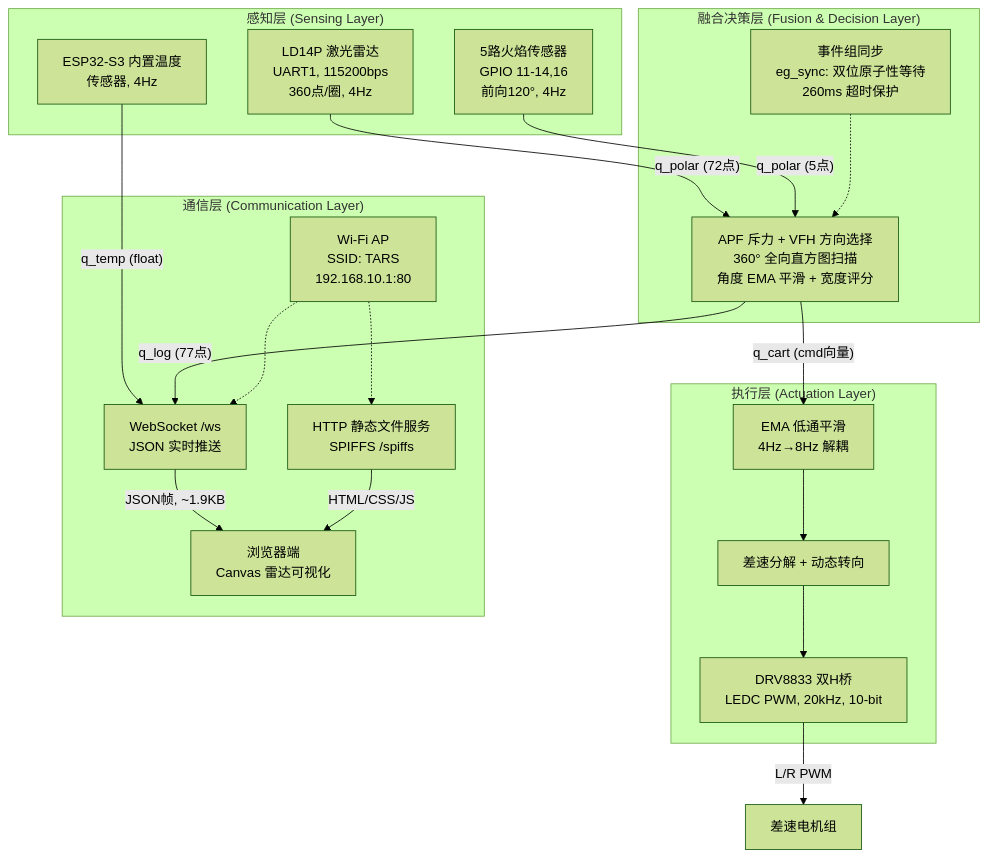
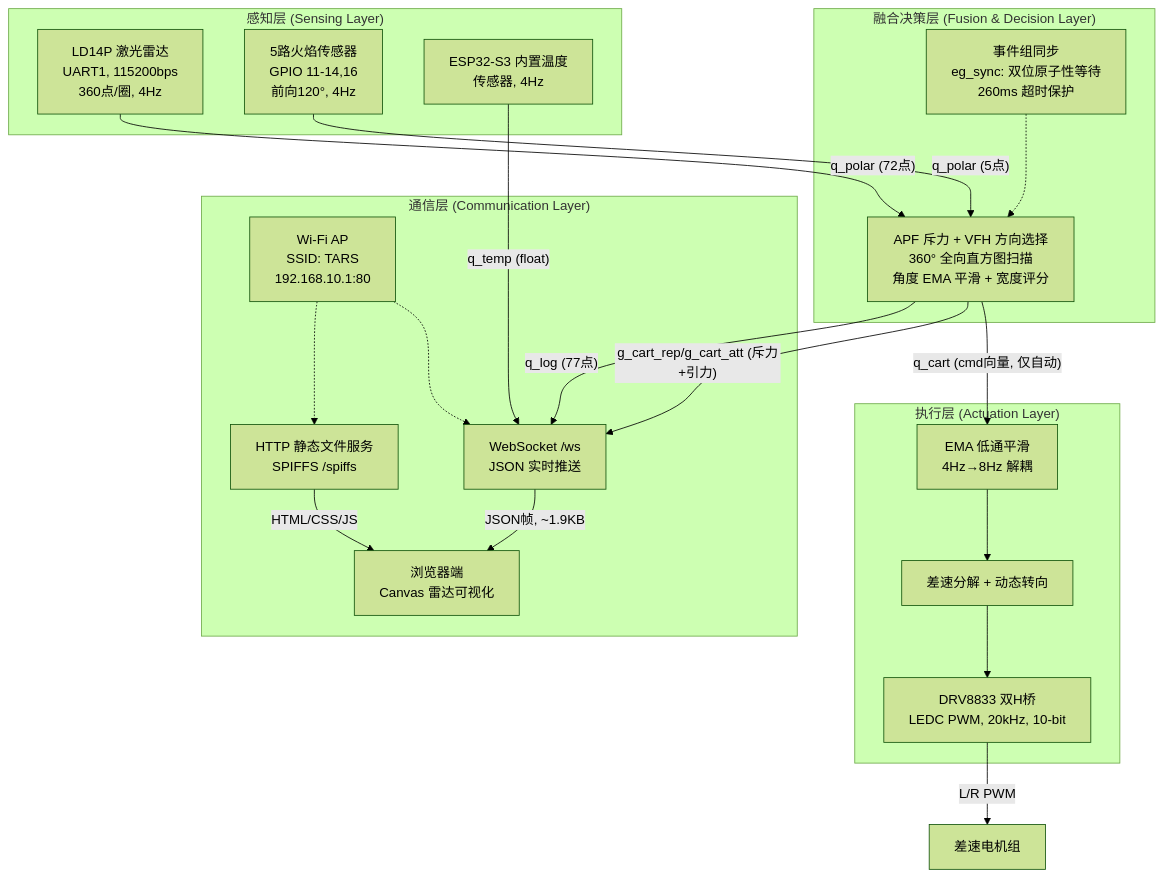
The first of 2 diagrams in README.md (axwhizee/TARS), drawn with Mermaid (forest theme) before and after one commit. The commit also changed other lines of this file and 15 other files, not shown here.

Commit message:
更能：在雷达图上添加了APF斥力、VFH引力的直观表现，cmd表现为两者合力；功能：添加云端调整APF任务参数的功能，减少调试难度；调整：整理优化了WebSocket协议下上下行处理的逻辑

````diff
--- a/README.md
+++ b/README.md
@@ -88,40 +89,41 @@
 ```mermaid
 graph TB
     subgraph Sensing["感知层 (Sensing Layer)"]
         LIDAR["LD14P 激光雷达<br/>UART1, 115200bps<br/>360点/圈, 4Hz"]
         FLAME["5路火焰传感器<br/>GPIO 11-14,16<br/>前向120°, 4Hz"]
         TEMP["ESP32-S3 内置温度<br/>传感器, 4Hz"]
     end
 
     subgraph Fusion["融合决策层 (Fusion & Decision Layer)"]
         APF["APF 斥力 + VFH 方向选择<br/>360° 全向直方图扫描<br/>角度 EMA 平滑 + 宽度评分"]
         SYNC["事件组同步<br/>eg_sync: 双位原子性等待<br/>260ms 超时保护"]
     end
 
     subgraph Actuation["执行层 (Actuation Layer)"]
         EMA["EMA 低通平滑<br/>4Hz→8Hz 解耦"]
         DIFF["差速分解 + 动态转向"]
         PWM["DRV8833 双H桥<br/>LEDC PWM, 20kHz, 10-bit"]
     end
 
     subgraph Comm["通信层 (Communication Layer)"]
         AP["Wi-Fi AP<br/>SSID: TARS<br/>192.168.10.1:80"]
         WS["WebSocket /ws<br/>JSON 实时推送"]
         HTTP["HTTP 静态文件服务<br/>SPIFFS /spiffs"]
         BROWSER["浏览器端<br/>Canvas 雷达可视化"]
     end
 
     LIDAR -->|"q_polar (72点)"| APF
     FLAME -->|"q_polar (5点)"| APF
     TEMP -->|"q_temp (float)"| WS
-    APF -->|"q_cart (cmd向量)"| EMA
+    APF -->|"q_cart (cmd向量, 仅自动)"| EMA
+    APF -->|"g_cart_rep/g_cart_att (斥力+引力)"| WS
     APF -->|"q_log (77点)"| WS
     SYNC -.-> APF
     EMA --> DIFF
     DIFF --> PWM
     PWM -->|"L/R PWM"| MOTOR["差速电机组"]
     WS -->|"JSON帧, ~1.9KB"| BROWSER
     HTTP -->|"HTML/CSS/JS"| BROWSER
     AP -.-> WS
     AP -.-> HTTP
 ```
````
